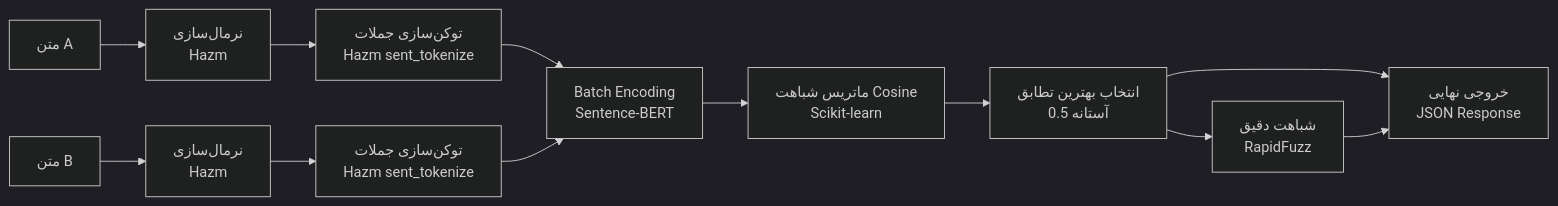
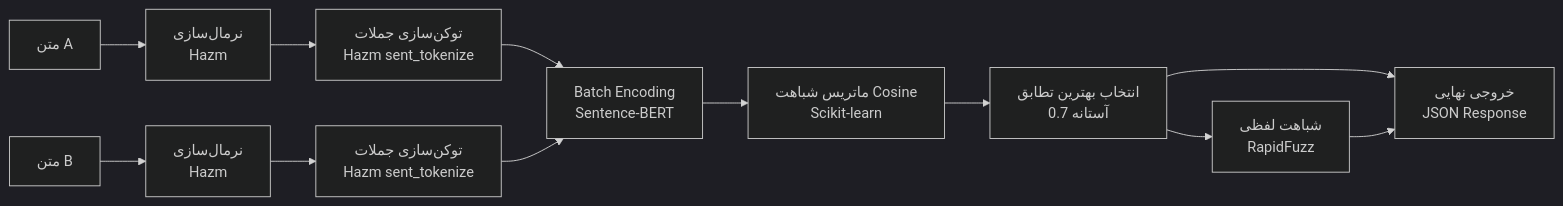
The second of 3 diagrams in README.md (muhammad-soltani/Batman), drawn with Mermaid (dark theme) before and after one commit. The commit also changed other lines of this file and 49 other files, not shown here.

````diff
--- a/README.md
+++ b/README.md
@@ -203,14 +206,14 @@
 ```mermaid
 flowchart LR
     A[متن A] --> N1[نرمال‌سازی\nHazm]
     B[متن B] --> N2[نرمال‌سازی\nHazm]
     N1 --> T1[توکن‌سازی جملات\nHazm sent_tokenize]
     N2 --> T2[توکن‌سازی جملات\nHazm sent_tokenize]
     T1 --> E[Batch Encoding\nSentence-BERT]
     T2 --> E
     E --> CM[ماتریس شباهت Cosine\nScikit-learn]
-    CM --> BM[انتخاب بهترین تطابق\nآستانه 0.5]
-    BM --> RF[شباهت دقیق\nRapidFuzz]
+    CM --> BM[انتخاب بهترین تطابق\nآستانه 0.7]
+    BM --> RF[شباهت لفظی\nRapidFuzz]
     BM --> OUT[خروجی نهایی\nJSON Response]
     RF --> OUT
 ```
````
